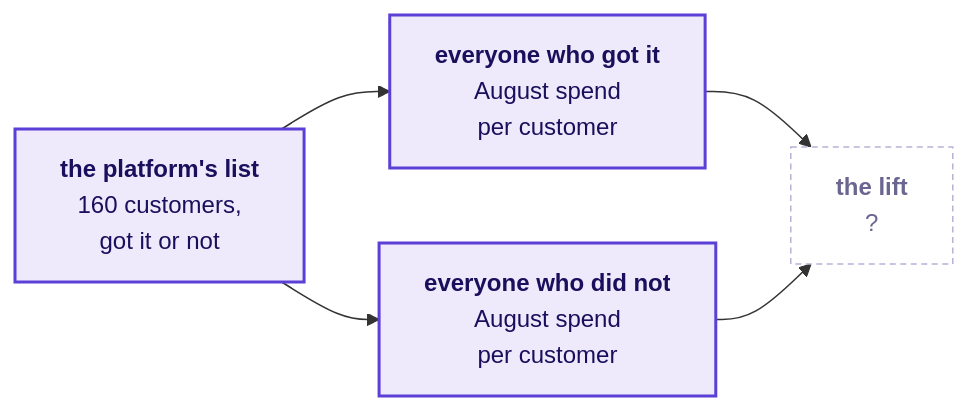
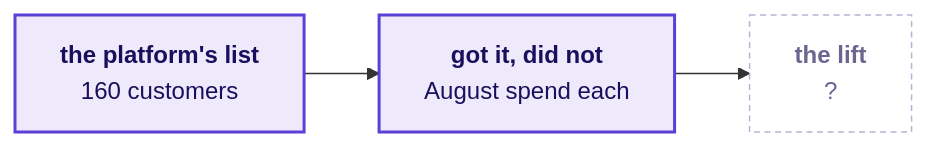
Diagram 21 of 27 in content/W01/D4/slides/C2_W01_D04_half1_STUDENT.md (fde-academy-lab/c2-content-factory), drawn with Mermaid before and after one commit. The commit also changed other lines of this file and 2 other files, not shown here.

````diff
--- a/content/W01/D4/slides/C2_W01_D04_half1_STUDENT.md
+++ b/content/W01/D4/slides/C2_W01_D04_half1_STUDENT.md
@@ -1315,11 +1315,8 @@
 ```mermaid
 flowchart LR
-    E["<b>the platform's list</b><br/>160 customers,<br/>got it or not"] --> A["<b>everyone who got it</b><br/>August spend<br/>per customer"]
-    E --> B["<b>everyone who did not</b><br/>August spend<br/>per customer"]
-    A --> L["<b>the lift</b><br/>?"]
-    B --> L
+    E["<b>the platform's list</b><br/>160 customers"] --> A["<b>got it, did not</b><br/>August spend each"] --> L["<b>the lift</b><br/>?"]
     classDef known fill:#EEEAFB,stroke:#5B3FD6,color:#1A0F5C,stroke-width:2px
     classDef unknown fill:#FFFFFF,stroke:#B8B2D6,color:#6B6690,stroke-dasharray:4 3
-    class E,A,B known
+    class E,A known
     class L unknown
 ```
````
